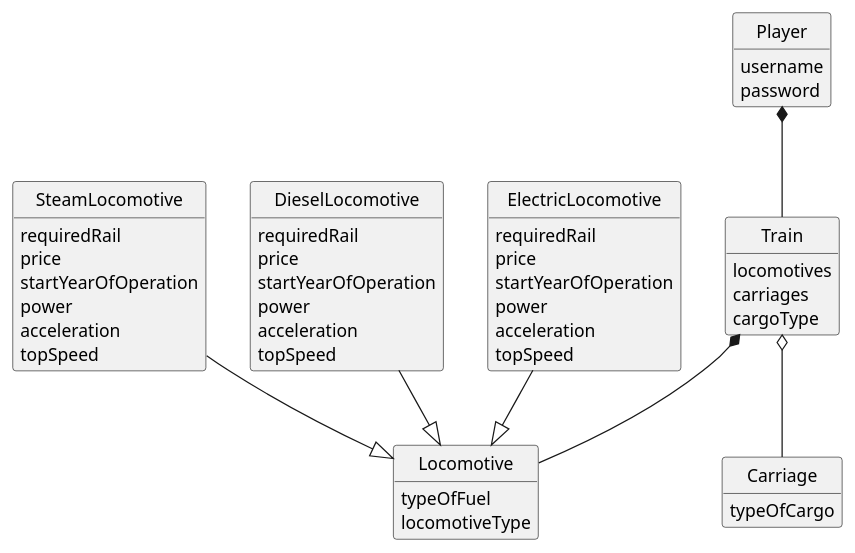
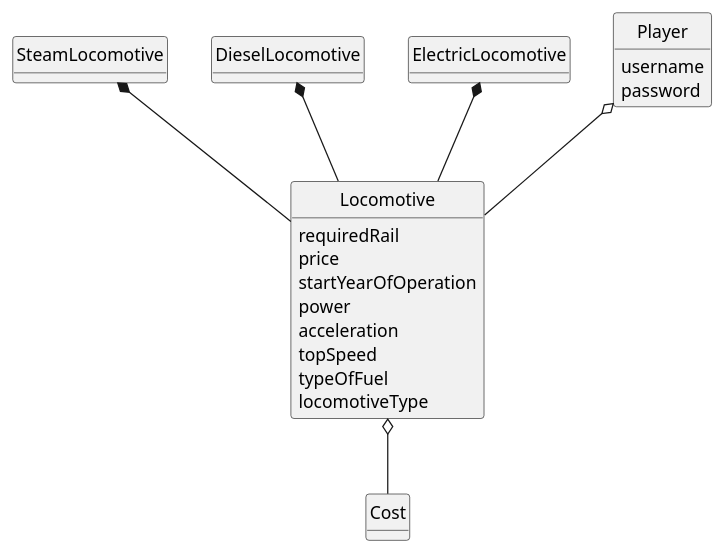
Before and after one commit to goncalolopesp/sem2-pi-24.25-g093-repo: the diagram in docs/system-documentation/US009/02.analysis/puml/US009-DM.puml, drawn with PlantUML. The commit also changed 3 other files, not shown here.

```diff
--- a/docs/system-documentation/US009/02.analysis/puml/US009-DM.puml
+++ b/docs/system-documentation/US009/02.analysis/puml/US009-DM.puml
@@ -1,67 +1,46 @@
 @startuml
 skinparam monochrome true
 skinparam packageStyle rectangle
 skinparam shadowing false
 
 
 skinparam classAttributeIconSize 0
 
 hide circle
 hide methods
 
-class Train{
-    locomotives
-    carriages
-    cargoType
-}
-
 class Locomotive{
-    typeOfFuel
-    locomotiveType
-}
-
-class SteamLocomotive{
     requiredRail
     price
     startYearOfOperation
     power
     acceleration
     topSpeed
+    typeOfFuel
+    locomotiveType
+}
+
+class SteamLocomotive{
+
 }
 
 class DieselLocomotive{
-    requiredRail
-    price
-    startYearOfOperation
-    power
-    acceleration
-    topSpeed
+
 }
 
 class ElectricLocomotive{
-    requiredRail
-    price
-    startYearOfOperation
-    power
-    acceleration
-    topSpeed
-}
 
-class Carriage{
-    typeOfCargo
 }
 
 class Player {
     username
     password
-    + buyTrain(carriage: Carriage, locomotive: Locomotive)
 }
 
-Player *-- Train
-Train *-- Locomotive
-Train o-- Carriage
-SteamLocomotive --|> Locomotive
-DieselLocomotive --|> Locomotive
-ElectricLocomotive --|> Locomotive
+SteamLocomotive *-- Locomotive
+ElectricLocomotive *-- Locomotive
+DieselLocomotive *-- Locomotive
+Locomotive o-- Cost
+Player o-- Locomotive
 
 @enduml
```
